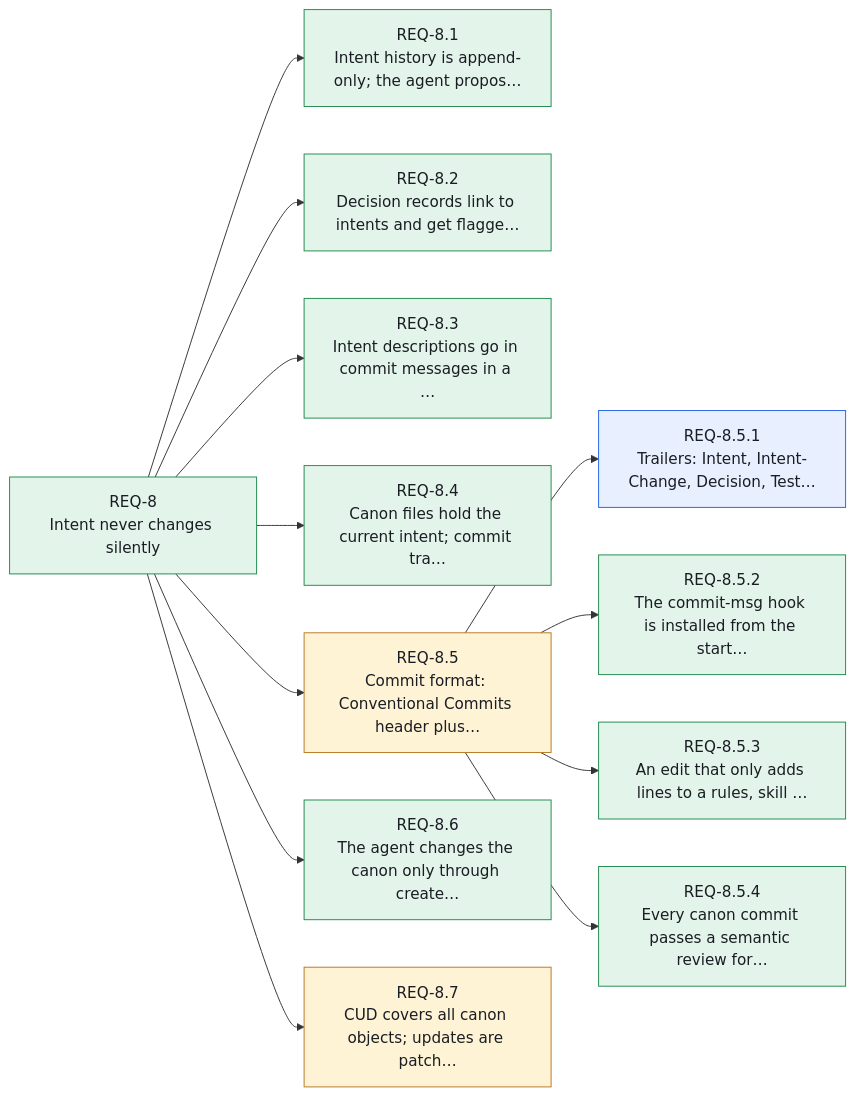
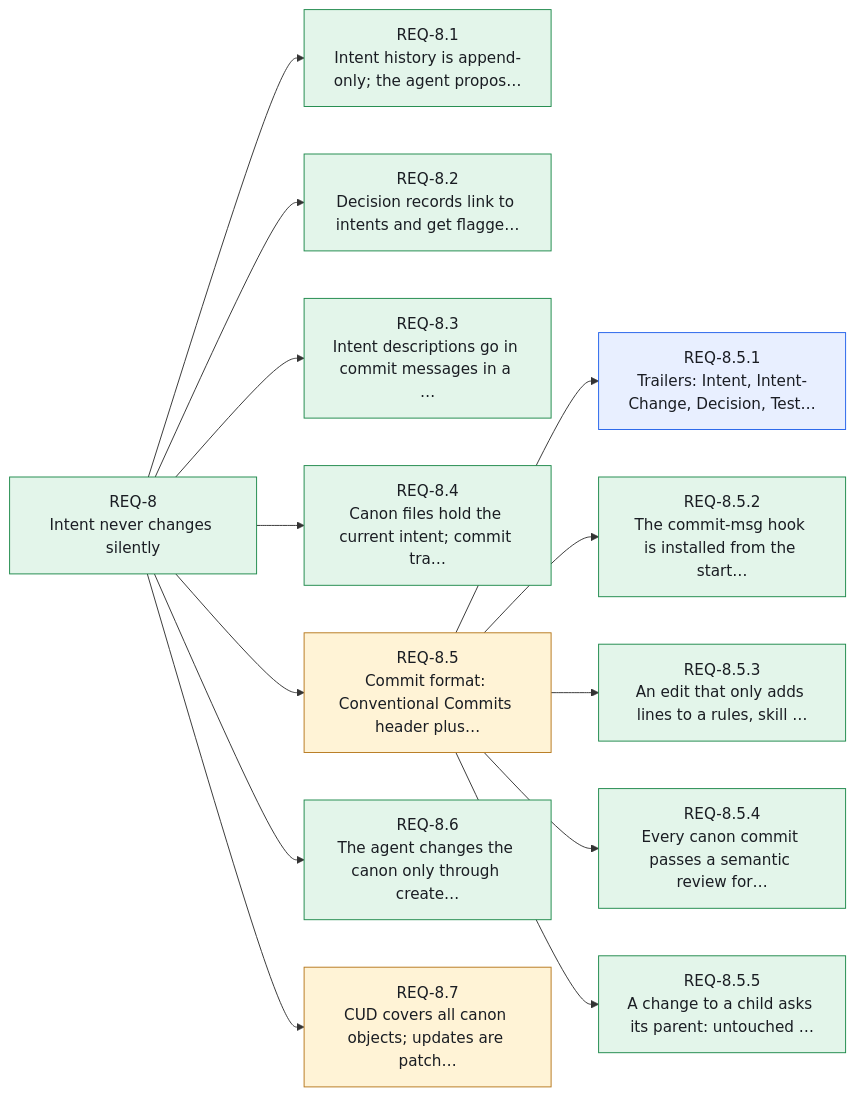
The ninth of 14 diagrams in canon/INDEX.md (Althis/headcanon), drawn with Mermaid before and after one commit. The commit also changed other lines of this file and 27 other files, not shown here.

````diff
--- a/canon/INDEX.md
+++ b/canon/INDEX.md
@@ -399,31 +403,33 @@
 ```mermaid
 flowchart LR
     REQ_8["REQ-8<br/>Intent never changes silently"]:::stated
     REQ_8_1["REQ-8.1<br/>Intent history is append-only; the agent propos…"]:::stated
     REQ_8_2["REQ-8.2<br/>Decision records link to intents and get flagge…"]:::stated
     REQ_8_3["REQ-8.3<br/>Intent descriptions go in commit messages in a …"]:::stated
     REQ_8_4["REQ-8.4<br/>Canon files hold the current intent; commit tra…"]:::stated
     REQ_8_5["REQ-8.5<br/>Commit format: Conventional Commits header plus…"]:::assumed
     REQ_8_5_1["REQ-8.5.1<br/>Trailers: Intent, Intent-Change, Decision, Test…"]:::resolved
     REQ_8_5_2["REQ-8.5.2<br/>The commit-msg hook is installed from the start…"]:::stated
     REQ_8_5_3["REQ-8.5.3<br/>An edit that only adds lines to a rules, skill …"]:::stated
     REQ_8_5_4["REQ-8.5.4<br/>Every canon commit passes a semantic review for…"]:::stated
+    REQ_8_5_5["REQ-8.5.5<br/>A change to a child asks its parent: untouched …"]:::stated
     REQ_8_6["REQ-8.6<br/>The agent changes the canon only through create…"]:::stated
     REQ_8_7["REQ-8.7<br/>CUD covers all canon objects; updates are patch…"]:::assumed
     REQ_8 --> REQ_8_1
     REQ_8 --> REQ_8_2
     REQ_8 --> REQ_8_3
     REQ_8 --> REQ_8_4
     REQ_8 --> REQ_8_5
     REQ_8_5 --> REQ_8_5_1
     REQ_8_5 --> REQ_8_5_2
     REQ_8_5 --> REQ_8_5_3
     REQ_8_5 --> REQ_8_5_4
+    REQ_8_5 --> REQ_8_5_5
     REQ_8 --> REQ_8_6
     REQ_8 --> REQ_8_7
     classDef stated fill:#e3f5ea,stroke:#1f8a4c,color:#1a1d23
     classDef resolved fill:#e8efff,stroke:#2563eb,color:#1a1d23
     classDef assumed fill:#fff3d6,stroke:#b7791f,color:#1a1d23
     classDef open fill:#ece9fb,stroke:#6b5bd2,color:#1a1d23
     classDef contested fill:#fde7e8,stroke:#d13438,color:#1a1d23
 ```
````
